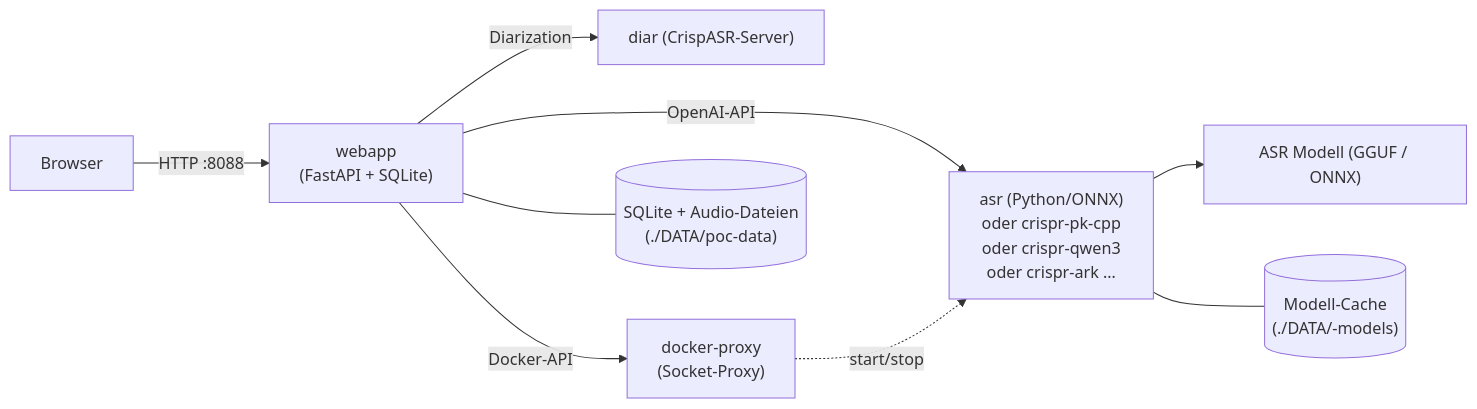
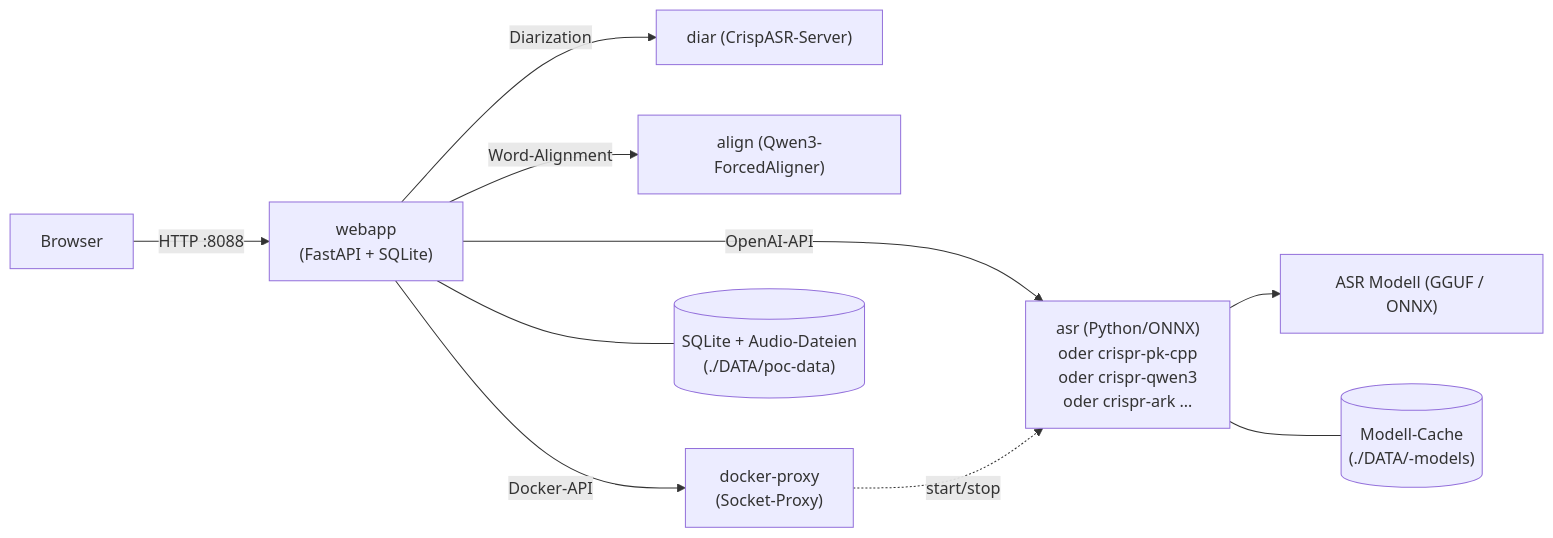
The diagram in README.md (tilllt/polyschnack-asr), drawn with Mermaid before and after one commit. The commit also changed other lines of this file and 4 other files, not shown here.

First line of the commit message:
feat(webapp): Forced-Aligner-Anbindung - praezise Word-Timestamps fuer Karaoke

````diff
--- a/README.md
+++ b/README.md
@@ -350,11 +354,12 @@
 ```mermaid
 graph LR
     Browser -->|HTTP :8088| webapp["webapp<br/>(FastAPI + SQLite)"]
     webapp -->|OpenAI-API| asr["asr (Python/ONNX)<br/>oder crispr-pk-cpp<br/>oder crispr-qwen3<br/>oder crispr-ark …"]
     webapp -->|Diarization| diar["diar (CrispASR-Server)"]
+    webapp -->|Word-Alignment| align["align (Qwen3-ForcedAligner)"]
     webapp -->|Docker-API| proxy["docker-proxy<br/>(Socket-Proxy)"]
     proxy -.start/stop.-> asr
     asr --> model["ASR Modell (GGUF / ONNX)"]
     webapp --- db[("SQLite + Audio-Dateien<br/>(./DATA/poc-data)")]
     asr --- mcache[("Modell-Cache<br/>(./DATA/<name>-models)")]
 ```
````
